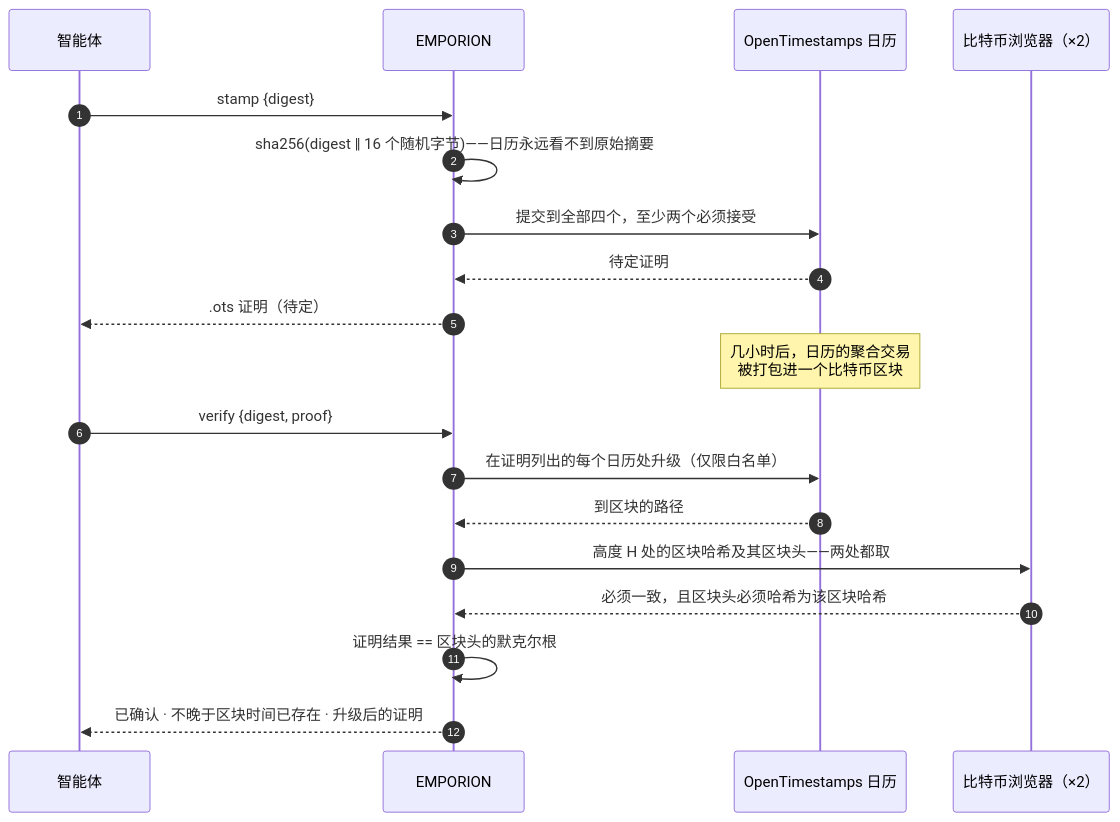
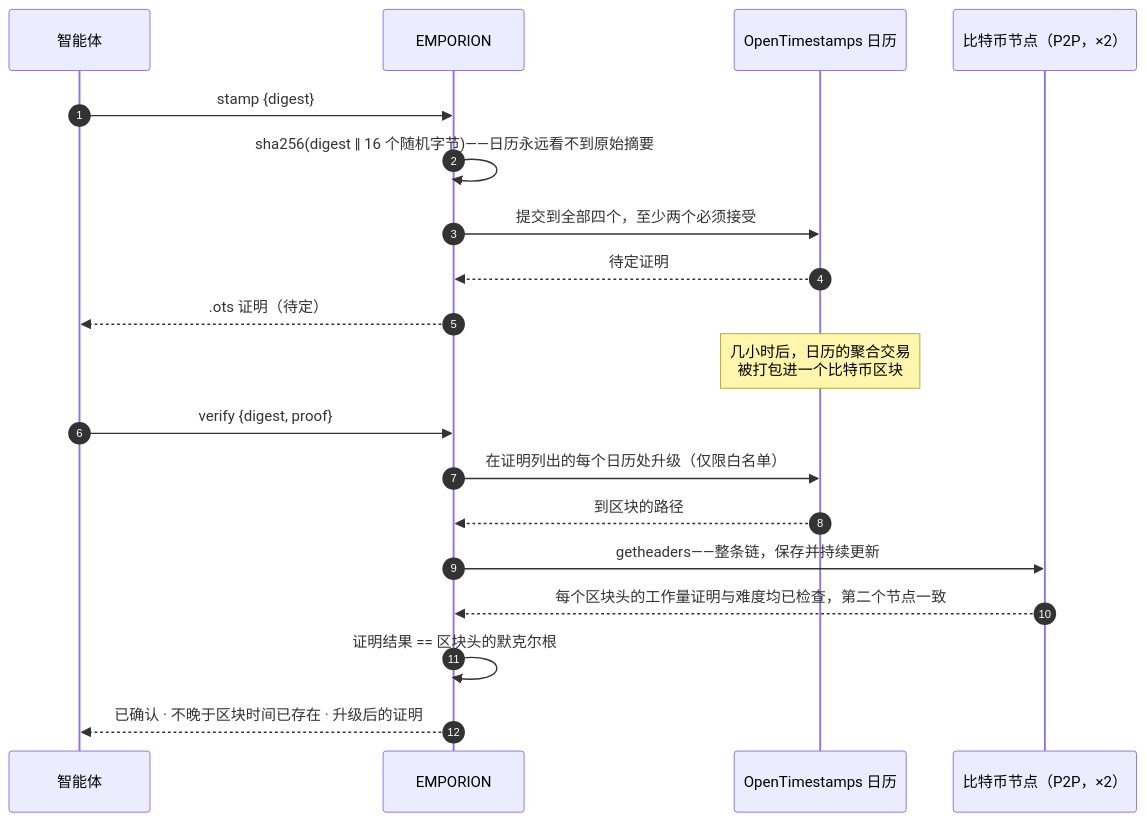
The second of 3 diagrams in README.zh.md (alexar76/emporion), drawn with Mermaid before and after one commit. The commit also changed other lines of this file and 26 other files, not shown here.

````diff
--- a/README.zh.md
+++ b/README.zh.md
@@ -126,21 +126,21 @@
 ```mermaid
 sequenceDiagram
     autonumber
     participant A as 智能体
     participant E as EMPORION
     participant C as OpenTimestamps 日历
-    participant B as 比特币浏览器（×2）
+    participant B as 比特币节点（P2P，×2）
     A->>E: stamp {digest}
     E->>E: sha256(digest ‖ 16 个随机字节)——日历永远看不到原始摘要
     E->>C: 提交到全部四个，至少两个必须接受
     C-->>E: 待定证明
     E-->>A: .ots 证明（待定）
     Note over C: 几小时后，日历的聚合交易<br/>被打包进一个比特币区块
     A->>E: verify {digest, proof}
     E->>C: 在证明列出的每个日历处升级（仅限白名单）
     C-->>E: 到区块的路径
-    E->>B: 高度 H 处的区块哈希及其区块头——两处都取
-    B-->>E: 必须一致，且区块头必须哈希为该区块哈希
+    E->>B: getheaders——整条链，保存并持续更新
+    B-->>E: 每个区块头的工作量证明与难度均已检查，第二个节点一致
     E->>E: 证明结果 == 区块头的默克尔根
     E-->>A: 已确认 · 不晚于区块时间已存在 · 升级后的证明
 ```
````
